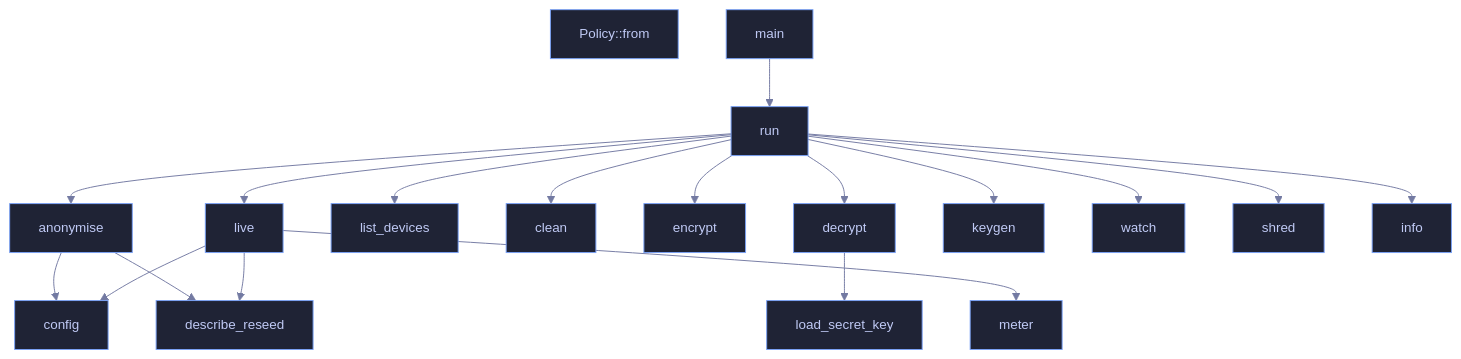
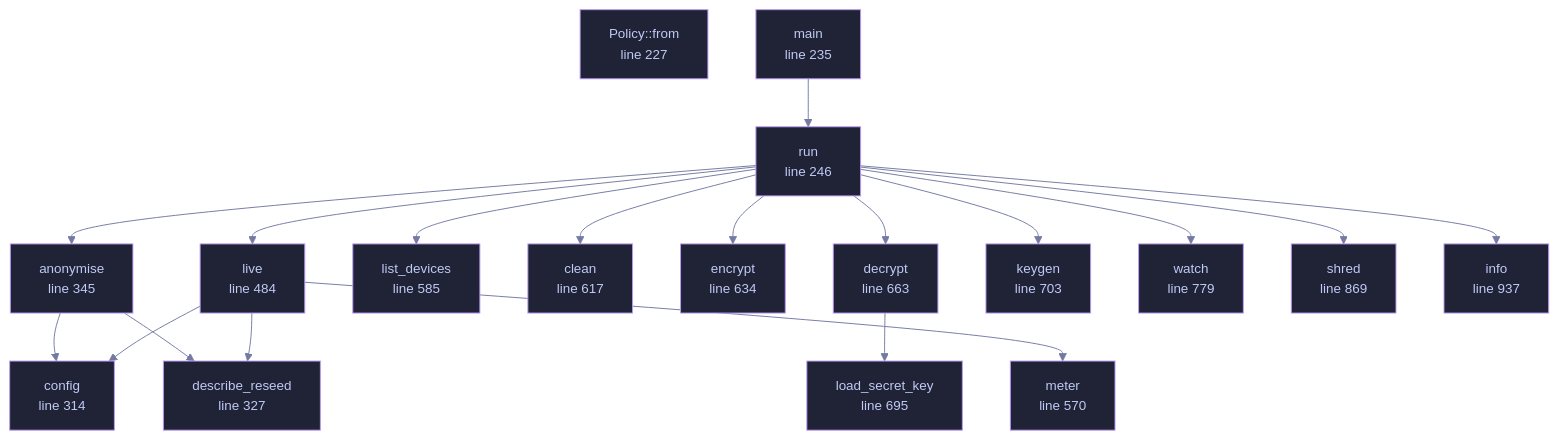
One commit to tilas01/veilvoice changed the diagram in docs/files/veilvoice-cli/main.md. Above: the diagram before and after it, drawn with Mermaid. The commit also changed other lines of this file and 182 other files, not shown here.

````diff
--- a/docs/files/veilvoice-cli/main.md
+++ b/docs/files/veilvoice-cli/main.md
@@ -79,38 +94,40 @@
 ```mermaid
 %%{init: {"theme":"base","themeVariables":{"background":"#1a1b26","primaryColor":"#1f2335","primaryTextColor":"#c0caf5","primaryBorderColor":"#7aa2f7","secondaryColor":"#16161e","tertiaryColor":"#16161e","lineColor":"#737aa2","textColor":"#c0caf5","mainBkg":"#1f2335","nodeBorder":"#7aa2f7","clusterBkg":"#16161e","clusterBorder":"#2f3549","fontFamily":"ui-monospace, SFMono-Regular, Consolas, monospace","fontSize":"14px"}}}%%
 flowchart TD
-    n_from["Policy::from"]
-    n_main["main"]
-    n_run["run"]
-    n_config["config"]
-    n_describe_reseed["describe_reseed"]
-    n_anonymise["anonymise"]
-    n_live["live"]
-    n_meter["meter"]
-    n_list_devices["list_devices"]
-    n_clean["clean"]
-    n_encrypt["encrypt"]
-    n_decrypt["decrypt"]
-    n_load_secret_key["load_secret_key"]
-    n_keygen["keygen"]
-    n_watch["watch"]
-    n_shred["shred"]
-    n_info["info"]
+    n_from["Policy::from<br/>line 227"]
+    n_main["main<br/>line 235"]
+    n_run["run<br/>line 246"]
+    n_config["config<br/>line 314"]
+    n_describe_reseed["describe_reseed<br/>line 327"]
+    n_anonymise["anonymise<br/>line 345"]
+    n_live["live<br/>line 484"]
+    n_meter["meter<br/>line 570"]
+    n_list_devices["list_devices<br/>line 585"]
+    n_clean["clean<br/>line 617"]
+    n_encrypt["encrypt<br/>line 634"]
+    n_decrypt["decrypt<br/>line 663"]
+    n_load_secret_key["load_secret_key<br/>line 695"]
+    n_keygen["keygen<br/>line 703"]
+    n_watch["watch<br/>line 779"]
+    n_shred["shred<br/>line 869"]
+    n_info["info<br/>line 937"]
     n_anonymise --> n_config
     n_anonymise --> n_describe_reseed
     n_decrypt --> n_load_secret_key
     n_live --> n_config
     n_live --> n_describe_reseed
     n_live --> n_meter
     n_main --> n_run
     n_run --> n_anonymise
     n_run --> n_clean
     n_run --> n_decrypt
     n_run --> n_encrypt
     n_run --> n_info
     n_run --> n_keygen
     n_run --> n_list_devices
     n_run --> n_live
     n_run --> n_shred
     n_run --> n_watch
+    classDef helper fill:#1f2335,stroke:#bb9af7,color:#c0caf5
+    class n_from,n_main,n_run,n_config,n_describe_reseed,n_anonymise,n_live,n_meter,n_list_devices,n_clean,n_encrypt,n_decrypt,n_load_secret_key,n_keygen,n_watch,n_shred,n_info helper
 ```
````
